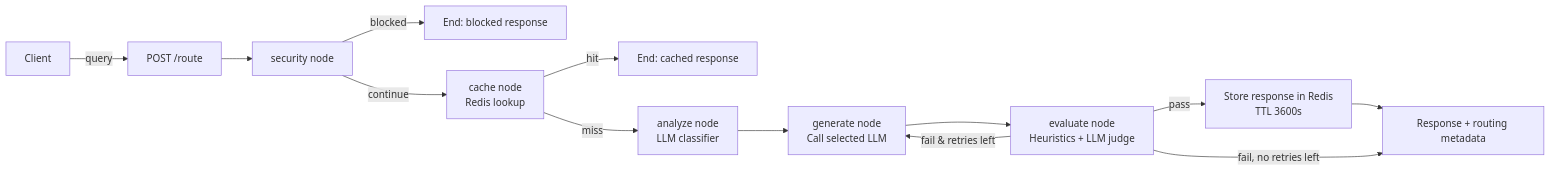
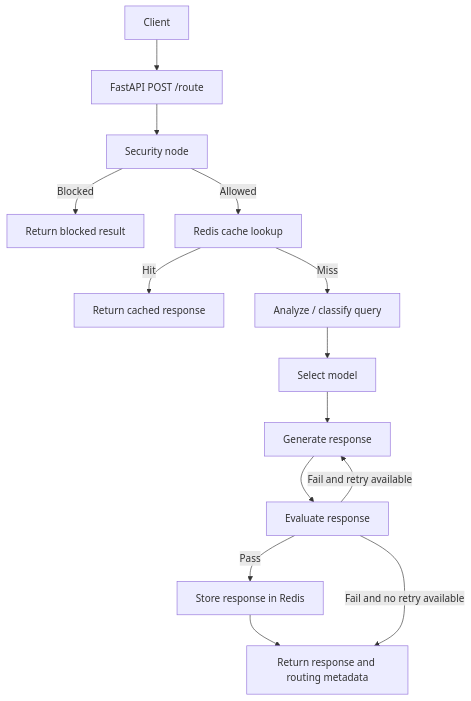
One commit to ianbenedictrego/Agentic-LLM-Router changed the diagram in README.md. Above: the diagram before and after it, drawn with Mermaid. The commit also changed other lines of this file, not shown here.

````diff
--- a/README.md
+++ b/README.md
@@ -22,18 +64,16 @@
 ```mermaid
-flowchart LR
-    U[Client] -->|query| API[POST /route]
-    API --> SEC[security node]
-    SEC -->|blocked| END1[End: blocked response]
-    SEC -->|continue| CACHE[cache node<br/>Redis lookup]
-
-    CACHE -->|hit| END2[End: cached response]
-    CACHE -->|miss| ANALYZE[analyze node<br/>LLM classifier]
-
-    ANALYZE --> GEN[generate node<br/>Call selected LLM]
-    GEN --> EVAL[evaluate node<br/>Heuristics + LLM judge]
-
-    EVAL -->|fail & retries left| GEN
-    EVAL -->|pass| CACHESET[Store response in Redis<br/>TTL 3600s]
-    CACHESET --> RESP[Response + routing metadata]
-    EVAL -->|fail, no retries left| RESP
+flowchart TD
+    A[Client] --> B[FastAPI POST /route]
+    B --> C[Security node]
+    C -->|Blocked| Z[Return blocked result]
+    C -->|Allowed| D[Redis cache lookup]
+    D -->|Hit| Y[Return cached response]
+    D -->|Miss| E[Analyze / classify query]
+    E --> F[Select model]
+    F --> G[Generate response]
+    G --> H[Evaluate response]
+    H -->|Fail and retry available| G
+    H -->|Pass| I[Store response in Redis]
+    I --> J[Return response and routing metadata]
+    H -->|Fail and no retry available| J
 ```
````
